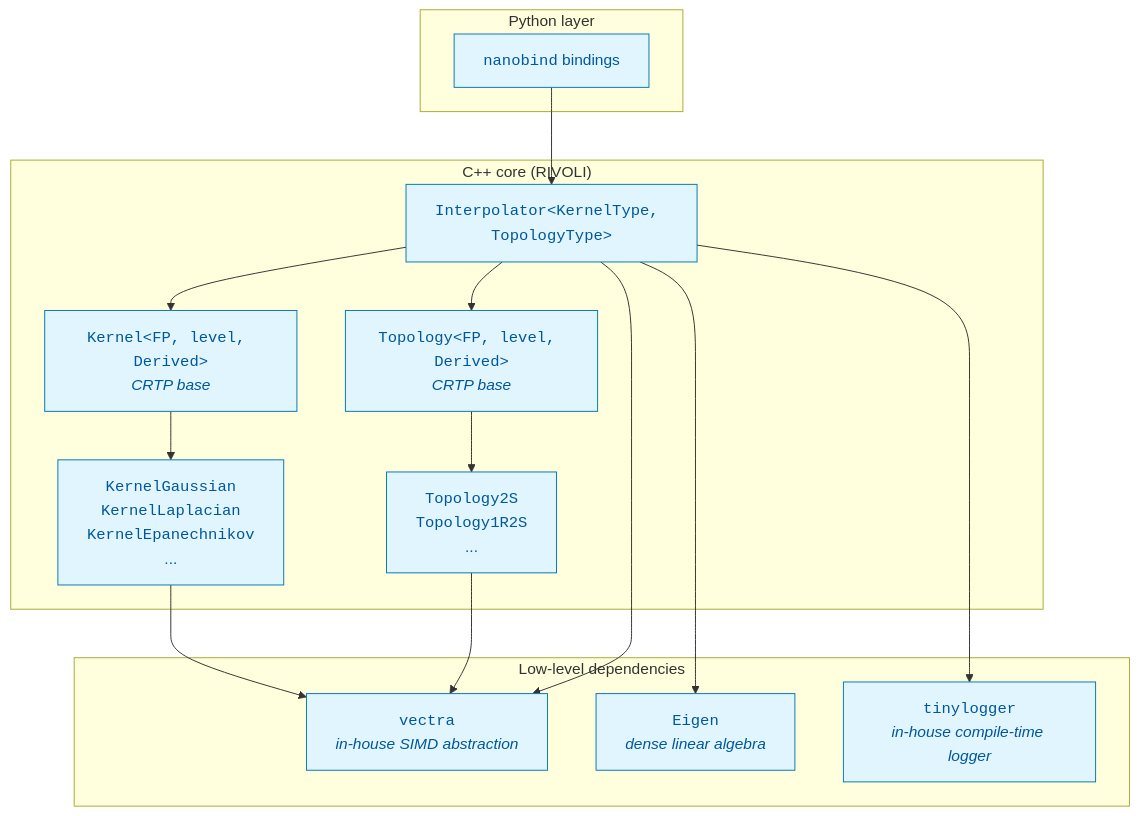
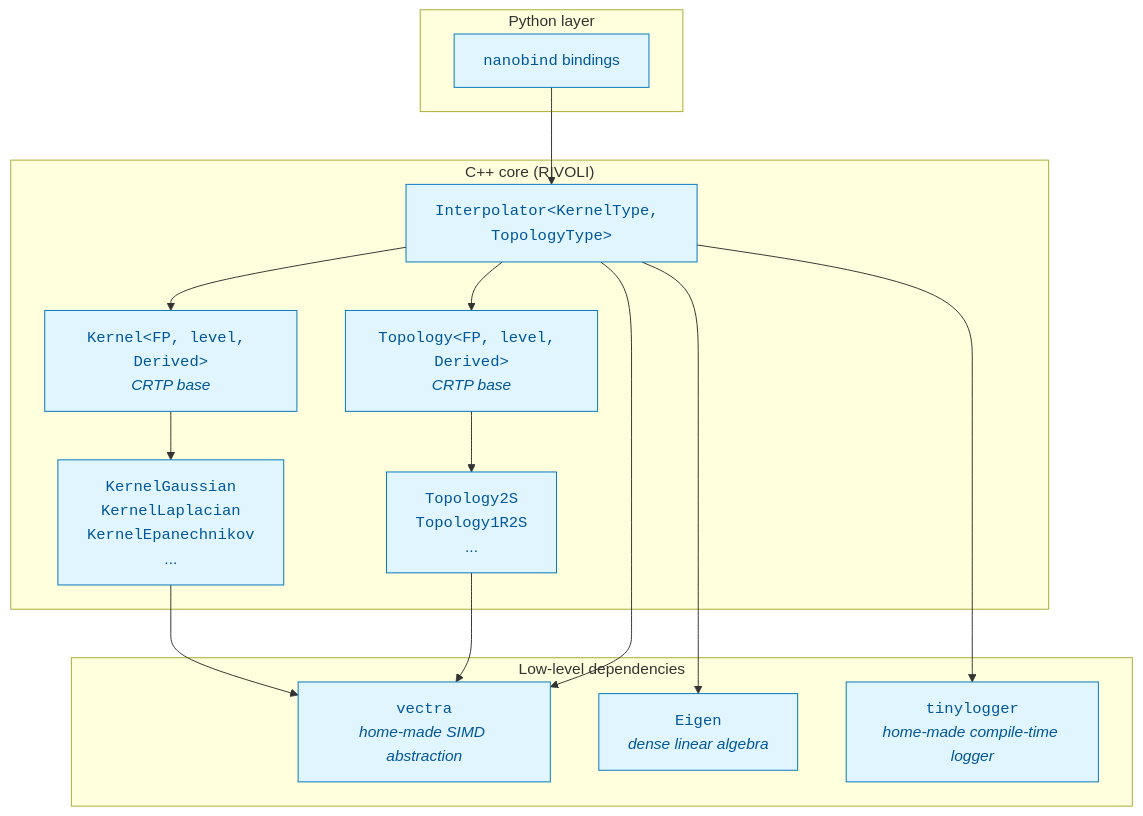
Before and after one commit to fmargall/rivoli: the first of 2 diagrams in ARCHITECTURE.md, drawn with Mermaid.

Commit message:
📝 docs(architecture): add click to headers

````diff
--- a/ARCHITECTURE.md
+++ b/ARCHITECTURE.md
@@ -32,38 +32,42 @@
 ```mermaid
 flowchart TB
     subgraph Python["Python layer"]
         NB["<code>nanobind</code> bindings"]
     end
  
     subgraph Core["C++ core (RIVOLI)"]
         I["<code>Interpolator&lt;KernelType, TopologyType&gt;</code>"]
         K["<code>Kernel&lt;FP, level, Derived&gt;</code><br/><i>CRTP base</i>"]
         T["<code>Topology&lt;FP, level, Derived&gt;</code><br/><i>CRTP base</i>"]
         K1["<code>KernelGaussian</code><br/><code>KernelLaplacian</code><br/><code>KernelEpanechnikov</code><br/>..."]
         T1["<code>Topology2S</code><br/><code>Topology1R2S</code><br/>..."]
         K --> K1
         T --> T1
         I --> K
         I --> T
     end
  
     subgraph LowLevel["Low-level dependencies"]
-        V["<code>vectra</code><br/><i>in-house SIMD abstraction</i>"]
+        V["<code>vectra</code><br/><i>home-made SIMD abstraction</i>"]
         E["<code>Eigen</code><br/><i>dense linear algebra</i>"]
-        L["<code>tinylogger</code><br/><i>in-house compile-time logger</i>"]
+        L["<code>tinylogger</code><br/><i>home-made compile-time logger</i>"]
     end
  
     NB --> I
     K1 --> V
     T1 --> V
     I --> E
     I --> L
     I --> V
+
+    click I "./include/rivoli/interpolator/interpolator.hpp" "Interpolator header"
+    click K "./include/rivoli/kernels/kernels.hpp" "Kernel header"
+    click T "./include/rivoli/topologies/topologies.hpp" "Topology header"
  
     classDef python fill:#e1f5ff,stroke:#0277bd,color:#01579b
     classDef core fill:#e1f5ff,stroke:#0277bd,color:#01579b
     classDef lowlevel fill:#e1f5ff,stroke:#0277bd,color:#01579b
     class NB python
     class I,K,T,K1,T1 core
     class V,E,L lowlevel
 ```
````
